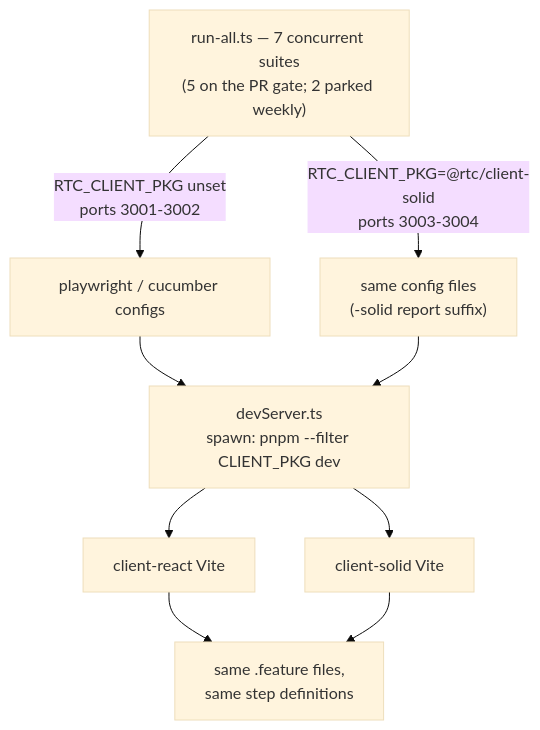
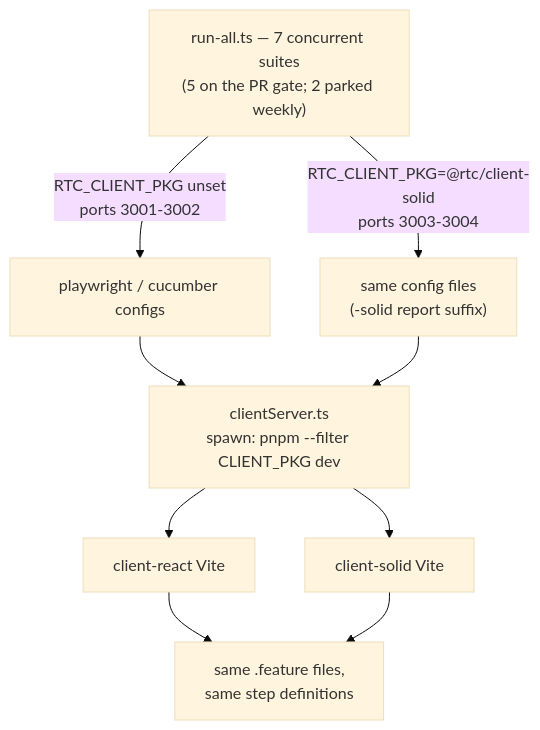
One commit to bettersoftware-io/ReactiveTraderCloudClone changed the fourth of 4 diagrams in docs/architecture/21-cross-framework-testing.md. Above: the diagram before and after it, drawn with Mermaid (base theme). The commit also changed other lines of this file and 18 other files, not shown here.

````diff
--- a/docs/architecture/21-cross-framework-testing.md
+++ b/docs/architecture/21-cross-framework-testing.md
@@ -335,12 +335,12 @@
 ```mermaid
 flowchart TB
     RA["run-all.ts — 7 concurrent suites<br/>(5 on the PR gate; 2 parked weekly)"]
     RA -- "RTC_CLIENT_PKG unset<br/>ports 3001-3002" --> PWR["playwright / cucumber configs"]
     RA -- "RTC_CLIENT_PKG=@rtc/client-solid<br/>ports 3003-3004" --> PWS["same config files<br/>(-solid report suffix)"]
-    PWR --> DS["devServer.ts<br/>spawn: pnpm --filter CLIENT_PKG dev"]
+    PWR --> DS["clientServer.ts<br/>spawn: pnpm --filter CLIENT_PKG dev"]
     PWS --> DS
     DS --> APPR["client-react Vite"]
     DS --> APPS["client-solid Vite"]
     APPR --> FEATS["same .feature files,<br/>same step definitions"]
     APPS --> FEATS
 ```
````
